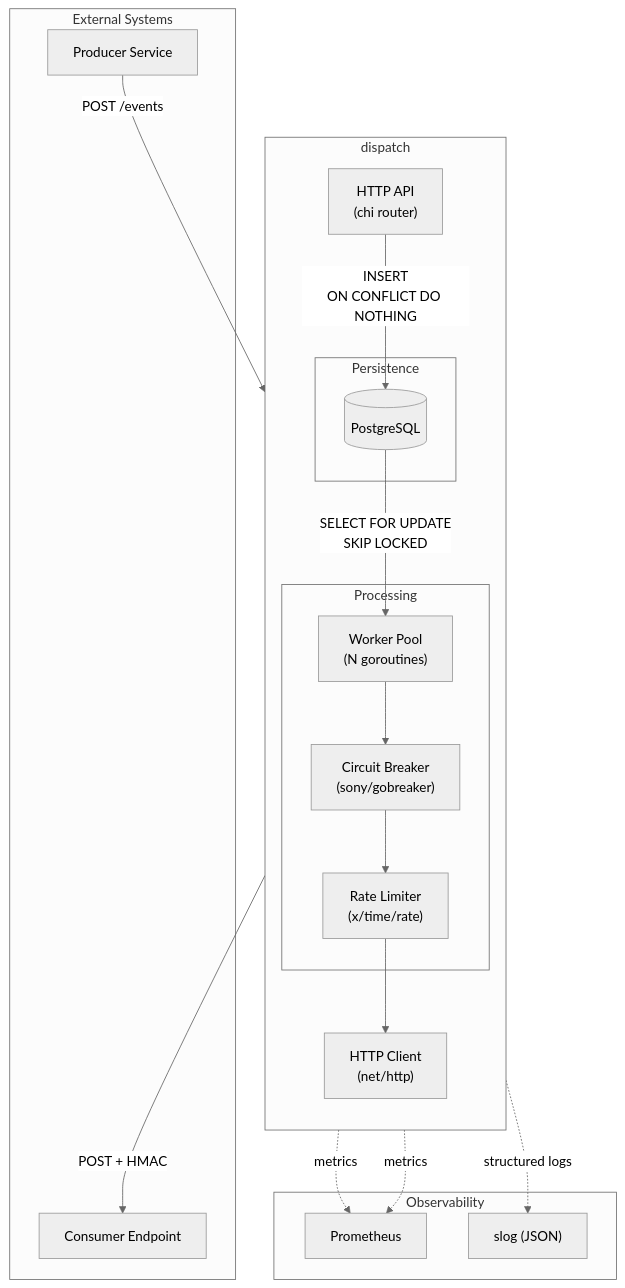
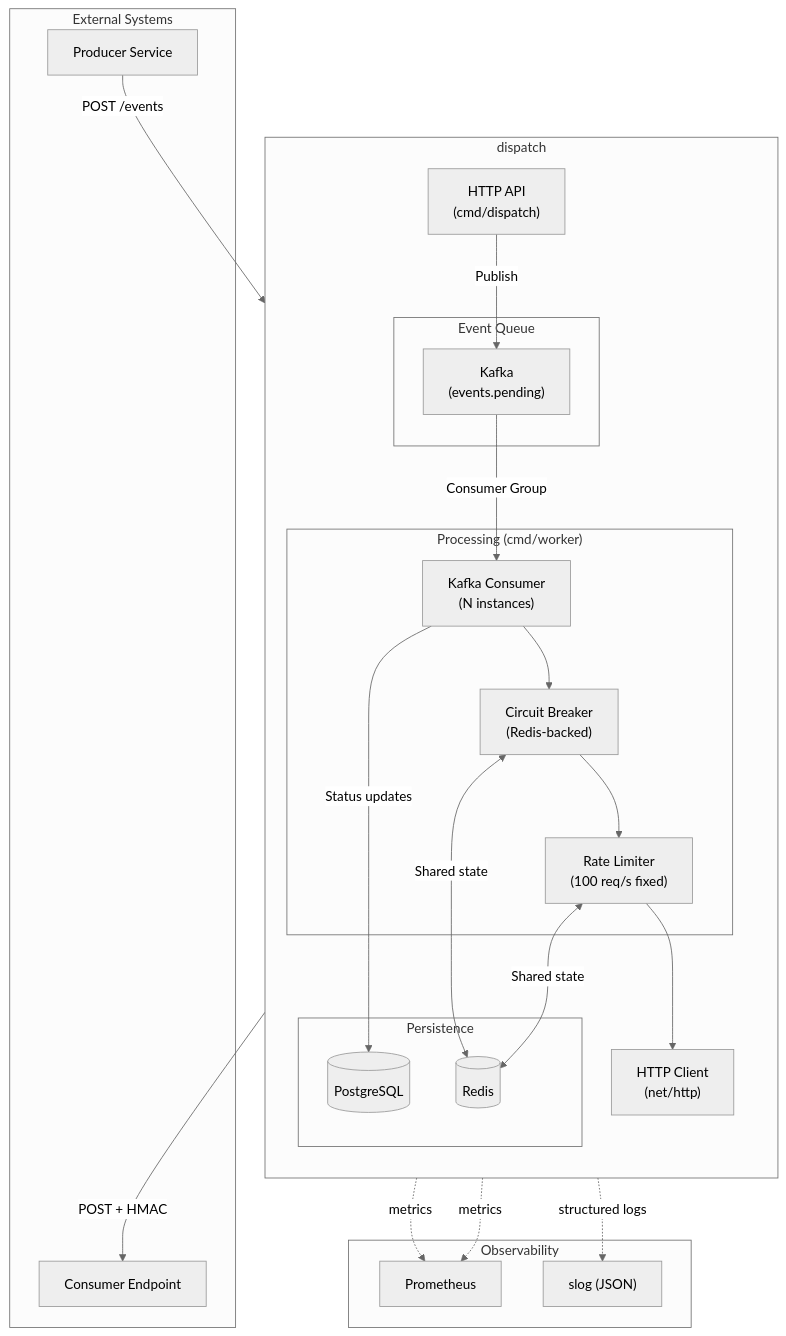
One commit to felipepmaragno/webhook-service changed the first of 11 diagrams in docs/architecture.md. Above: the diagram before and after it, drawn with Mermaid (neutral theme). The commit also changed other lines of this file and 2 other files, not shown here.

First line of the commit message:
docs: update documentation for Kafka architecture and intelligent retry

````diff
--- a/docs/architecture.md
+++ b/docs/architecture.md
@@ -7,41 +7,49 @@
 ```mermaid
 flowchart TB
     subgraph External["External Systems"]
         Producer["Producer Service"]
         Consumer["Consumer Endpoint"]
     end
 
     subgraph Dispatch["dispatch"]
         direction TB
-        API["HTTP API<br/>(chi router)"]
+        API["HTTP API<br/>(cmd/dispatch)"]
+        
+        subgraph Queue["Event Queue"]
+            Kafka["Kafka<br/>(events.pending)"]
+        end
+        
+        subgraph Processing["Processing (cmd/worker)"]
+            Workers["Kafka Consumer<br/>(N instances)"]
+            CB["Circuit Breaker<br/>(Redis-backed)"]
+            RL["Rate Limiter<br/>(100 req/s fixed)"]
+        end
         
         subgraph Storage["Persistence"]
             DB[(PostgreSQL)]
-        end
-        
-        subgraph Processing["Processing"]
-            Workers["Worker Pool<br/>(N goroutines)"]
-            CB["Circuit Breaker<br/>(sony/gobreaker)"]
-            RL["Rate Limiter<br/>(x/time/rate)"]
+            Redis[(Redis)]
         end
         
         Delivery["HTTP Client<br/>(net/http)"]
     end
 
     subgraph Observability["Observability"]
         Metrics["Prometheus"]
         Logs["slog (JSON)"]
     end
 
     Producer -->|"POST /events"| API
-    API -->|"INSERT<br/>ON CONFLICT DO NOTHING"| DB
-    DB -->|"SELECT FOR UPDATE<br/>SKIP LOCKED"| Workers
+    API -->|"Publish"| Kafka
+    Kafka -->|"Consumer Group"| Workers
     Workers --> CB
     CB --> RL
     RL --> Delivery
     Delivery -->|"POST + HMAC"| Consumer
+    Workers -->|"Status updates"| DB
+    CB <-->|"Shared state"| Redis
+    RL <-->|"Shared state"| Redis
     
     API -.->|metrics| Metrics
     Workers -.->|metrics| Metrics
     Delivery -.->|structured logs| Logs
 ```
````
